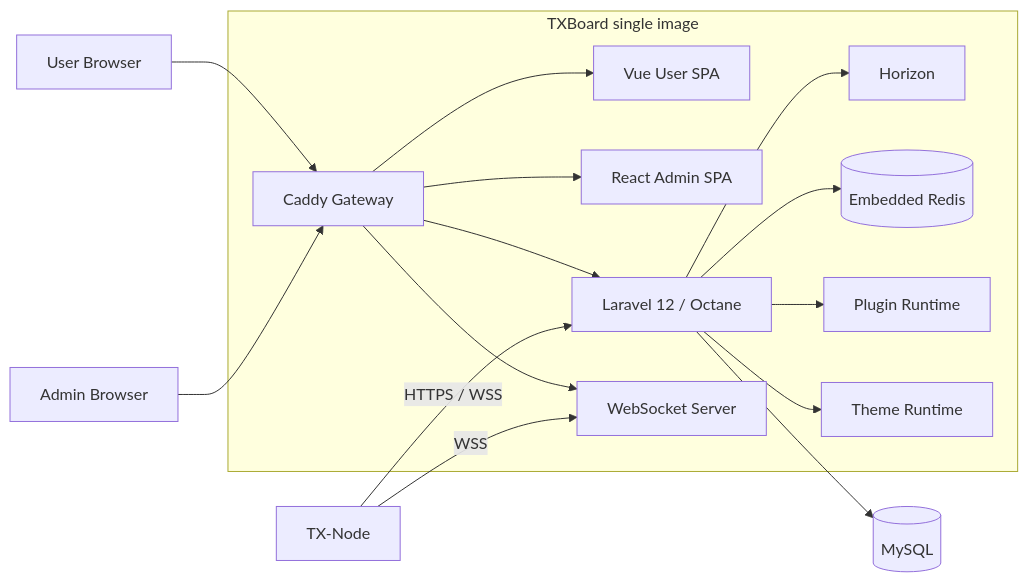
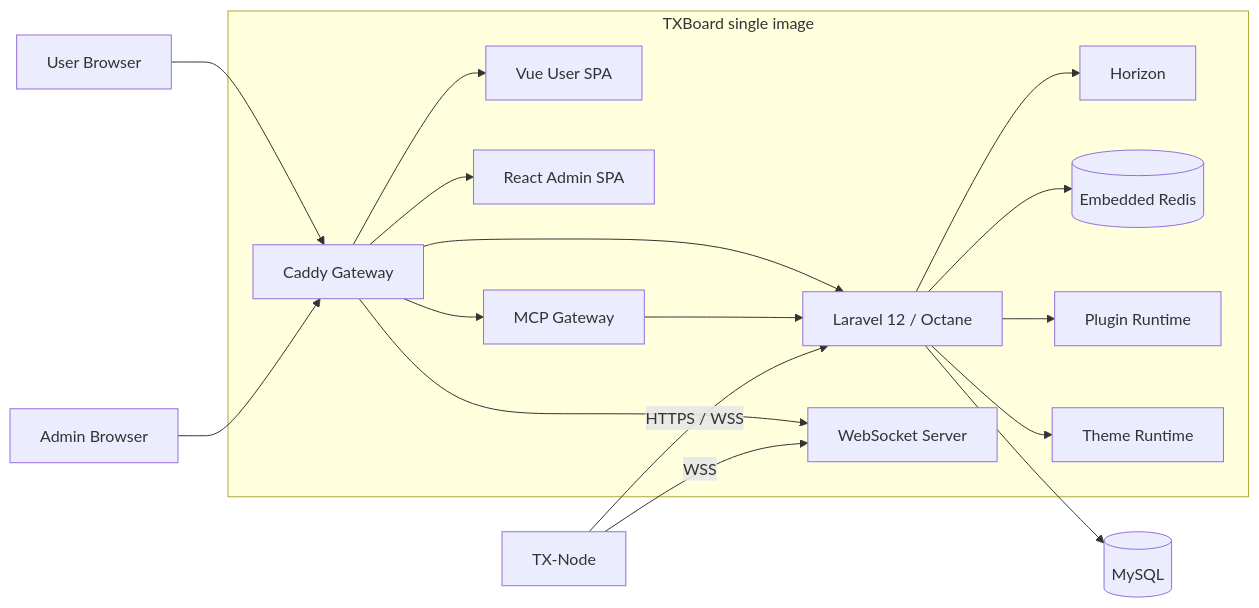
One commit to ANRCM0/TXBoard changed the diagram in README.md. Above: the diagram before and after it, drawn with Mermaid. The commit also changed other lines of this file and 12 other files, not shown here.

Commit message:
feat(runtime): embed optional MCP gateway

````diff
--- a/README.md
+++ b/README.md
@@ -54,30 +54,33 @@
 ```mermaid
 flowchart LR
     User[User Browser] --> Caddy
     Admin[Admin Browser] --> Caddy
 
     subgraph TXBoard["TXBoard single image"]
         Caddy[Caddy Gateway]
         UserSPA[Vue User SPA]
         AdminSPA[React Admin SPA]
         API[Laravel 12 / Octane]
         Horizon[Horizon]
         Redis[(Embedded Redis)]
         WS[WebSocket Server]
+        MCP[MCP Gateway]
         Plugins[Plugin Runtime]
         Themes[Theme Runtime]
 
         Caddy --> UserSPA
         Caddy --> AdminSPA
         Caddy --> API
         Caddy --> WS
+        Caddy --> MCP
+        MCP --> API
         API --> Horizon
         API --> Redis
         API --> Plugins
         API --> Themes
     end
 
     API --> MySQL[(MySQL)]
     Node[TX-Node] -->|HTTPS / WSS| API
     Node -->|WSS| WS
 ```
````
